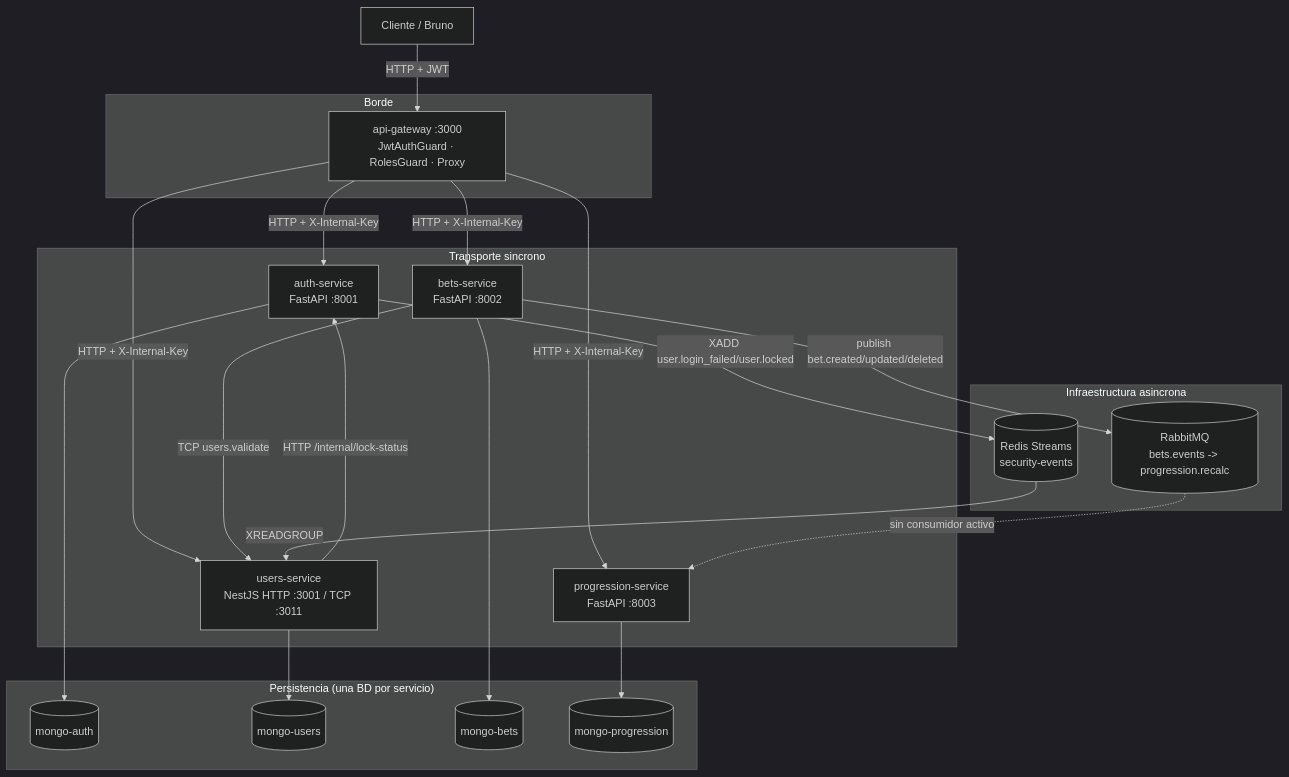
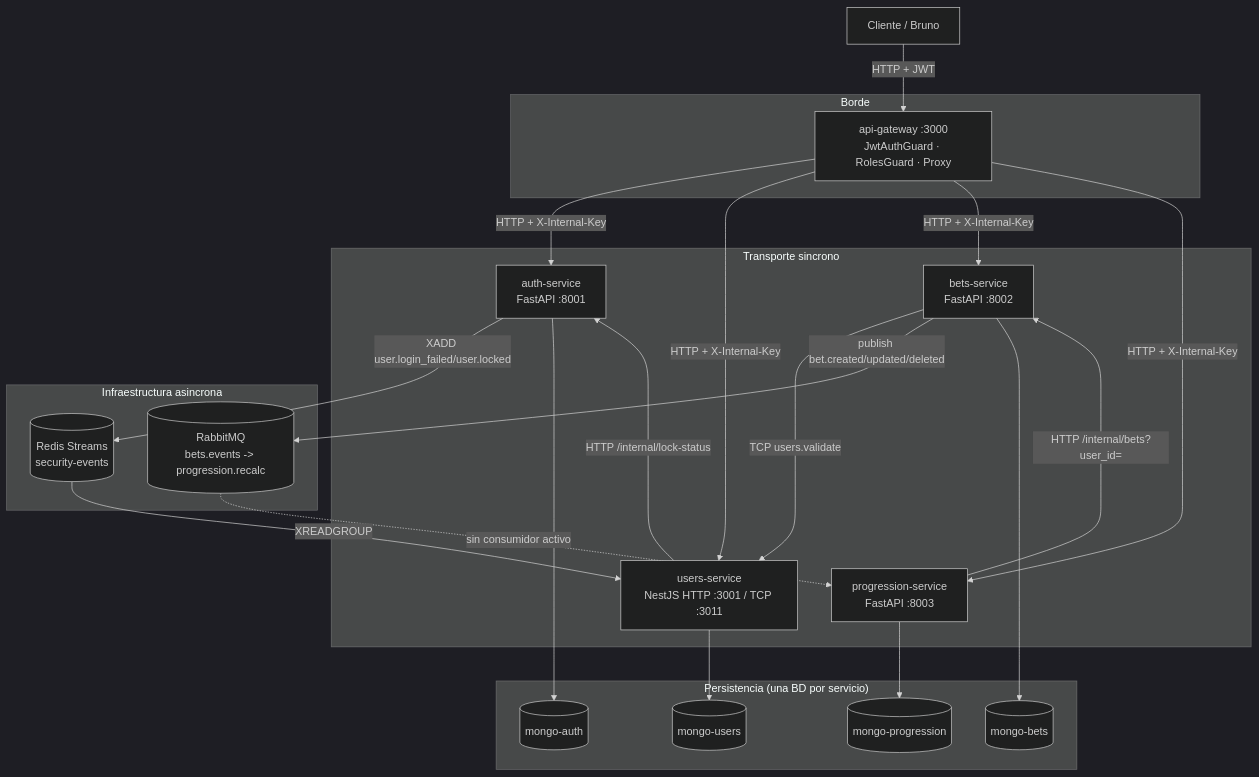
Before and after one commit to Saint-Roche-Microsystems/Fijazo-Horrrocruxes-SRMC: the second of 2 diagrams in README.md, drawn with Mermaid (dark theme). The commit also changed other lines of this file and 3 other files, not shown here.

````diff
--- a/README.md
+++ b/README.md
@@ -234,47 +241,48 @@
 ```mermaid
 graph TB
     Cliente["Cliente / Bruno"]
 
     subgraph Edge["Borde"]
         GW["api-gateway :3000<br/>JwtAuthGuard · RolesGuard · Proxy"]
     end
 
     subgraph Sync["Transporte sincrono"]
         Auth["auth-service<br/>FastAPI :8001"]
         Users["users-service<br/>NestJS HTTP :3001 / TCP :3011"]
         Bets["bets-service<br/>FastAPI :8002"]
         Prog["progression-service<br/>FastAPI :8003"]
     end
 
     subgraph Async["Infraestructura asincrona"]
         Redis[("Redis Streams<br/>security-events")]
         MQ[("RabbitMQ<br/>bets.events -> progression.recalc")]
     end
 
     subgraph Data["Persistencia (una BD por servicio)"]
         MAuth[("mongo-auth")]
         MUsers[("mongo-users")]
         MBets[("mongo-bets")]
         MProg[("mongo-progression")]
     end
 
     Cliente -->|HTTP + JWT| GW
     GW -->|HTTP + X-Internal-Key| Auth
     GW -->|HTTP + X-Internal-Key| Users
     GW -->|HTTP + X-Internal-Key| Bets
     GW -->|HTTP + X-Internal-Key| Prog
 
     Bets -->|TCP users.validate| Users
     Users -->|HTTP /internal/lock-status| Auth
+    Prog -->|HTTP /internal/bets?user_id=| Bets
 
     Auth -->|XADD user.login_failed/user.locked| Redis
     Redis -->|XREADGROUP| Users
 
     Bets -->|publish bet.created/updated/deleted| MQ
     MQ -.->|sin consumidor activo| Prog
 
     Auth --> MAuth
     Users --> MUsers
     Bets --> MBets
     Prog --> MProg
 ```
````
